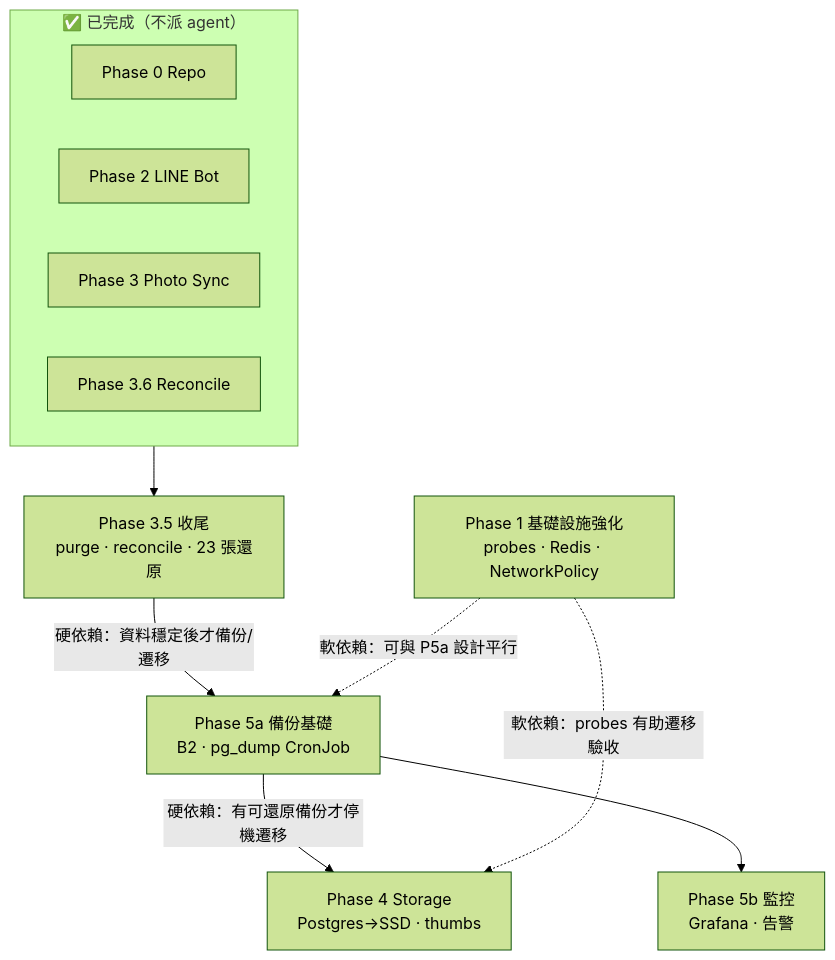
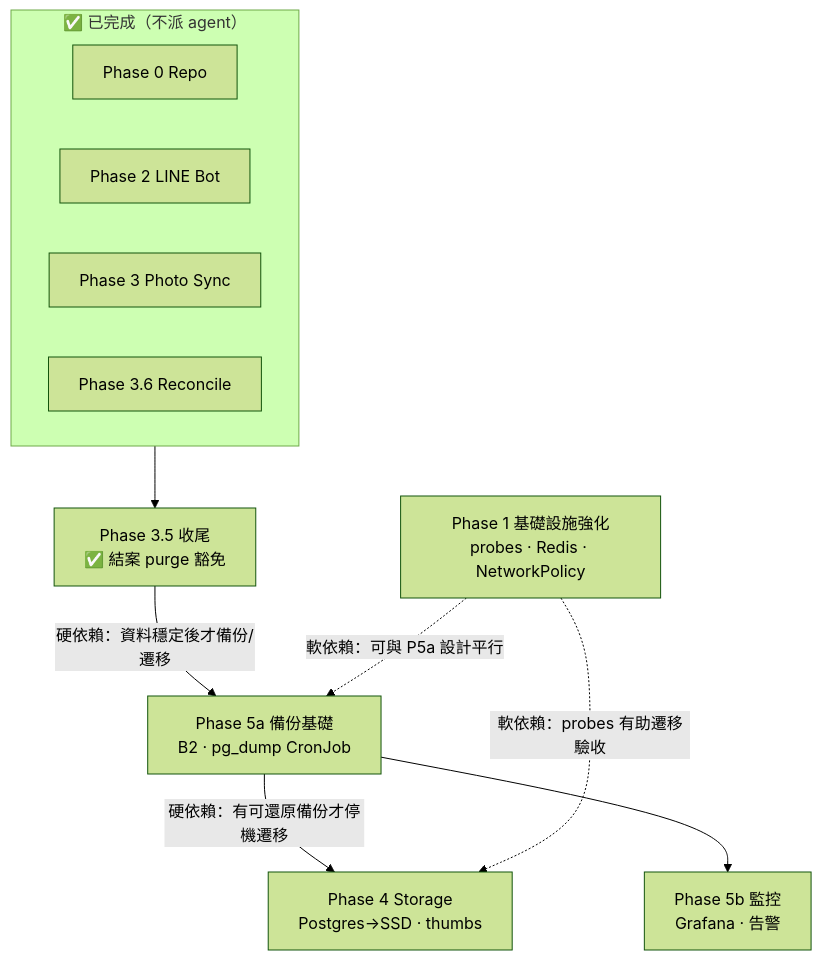
One commit to dejavux/immich-apps changed the diagram in docs/00_planning/agent-prompts/README.md. Above: the diagram before and after it, drawn with Mermaid (forest theme). The commit also changed other lines of this file and 11 other files, not shown here.

````diff
--- a/docs/00_planning/agent-prompts/README.md
+++ b/docs/00_planning/agent-prompts/README.md
@@ -10,23 +10,23 @@
 ```mermaid
 flowchart TB
   subgraph done["✅ 已完成（不派 agent）"]
     P0[Phase 0 Repo]
     P2[Phase 2 LINE Bot]
     P3[Phase 3 Photo Sync]
     P36[Phase 3.6 Reconcile]
   end
 
-  P35[Phase 3.5 收尾<br/>purge · reconcile · 23 張還原]
+  P35[Phase 3.5 收尾<br/>✅ 結案 purge 豁免]
   P1[Phase 1 基礎設施強化<br/>probes · Redis · NetworkPolicy]
   P5a[Phase 5a 備份基礎<br/>B2 · pg_dump CronJob]
   P5b[Phase 5b 監控<br/>Grafana · 告警]
   P4[Phase 4 Storage<br/>Postgres→SSD · thumbs]
 
   P35 -->|硬依賴：資料穩定後才備份/遷移| P5a
   P5a -->|硬依賴：有可還原備份才停機遷移| P4
   P5a --> P5b
   P1 -.->|軟依賴：可與 P5a 設計平行| P5a
   P1 -.->|軟依賴：probes 有助遷移驗收| P4
 
   done --> P35
 ```
````
